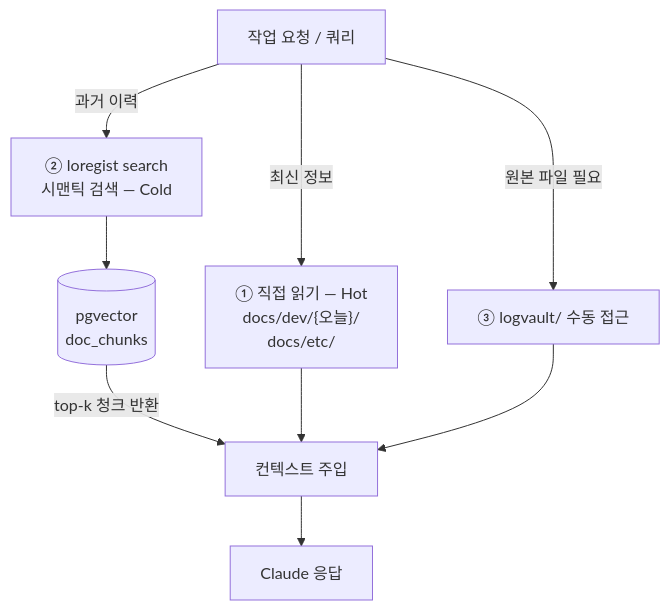
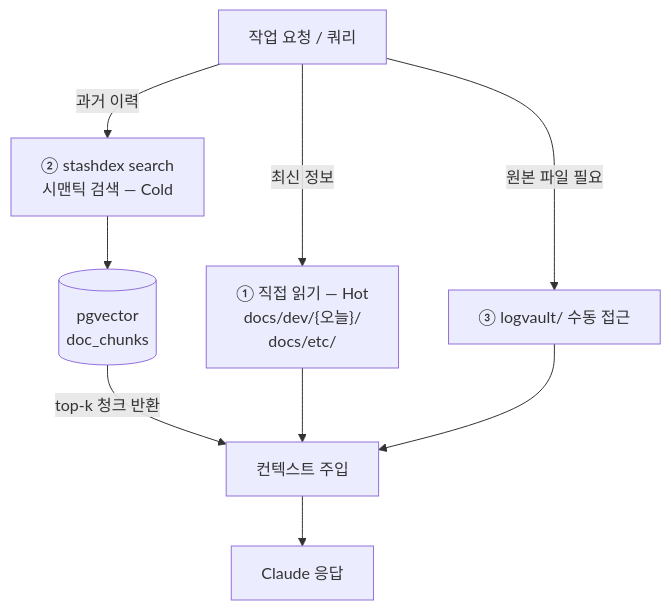
One commit to mzd-nrkim/loregist changed the fourth of 7 diagrams in ARCHITECTURE.md. Above: the diagram before and after it, drawn with Mermaid. The commit also changed other lines of this file and 61 other files, not shown here.

First line of the commit message:
sync: loregist→stashdex 리네이밍 + 문서 정비

````diff
--- a/ARCHITECTURE.md
+++ b/ARCHITECTURE.md
@@ -181,15 +181,15 @@
 ```mermaid
 flowchart TD
     REQ[작업 요청 / 쿼리]
 
     REQ -->|최신 정보| HOT["① 직접 읽기 — Hot\ndocs/dev/{오늘}/\ndocs/etc/"]
-    REQ -->|과거 이력| SEARCH["② loregist search\n시맨틱 검색 — Cold"]
+    REQ -->|과거 이력| SEARCH["② stashdex search\n시맨틱 검색 — Cold"]
     REQ -->|원본 파일 필요| VAULT["③ logvault/ 수동 접근"]
 
     SEARCH --> DB[(pgvector\ndoc_chunks)]
     DB -->|top-k 청크 반환| CTX
 
     HOT --> CTX[컨텍스트 주입]
     VAULT --> CTX
     CTX --> ANS[Claude 응답]
 ```
````
